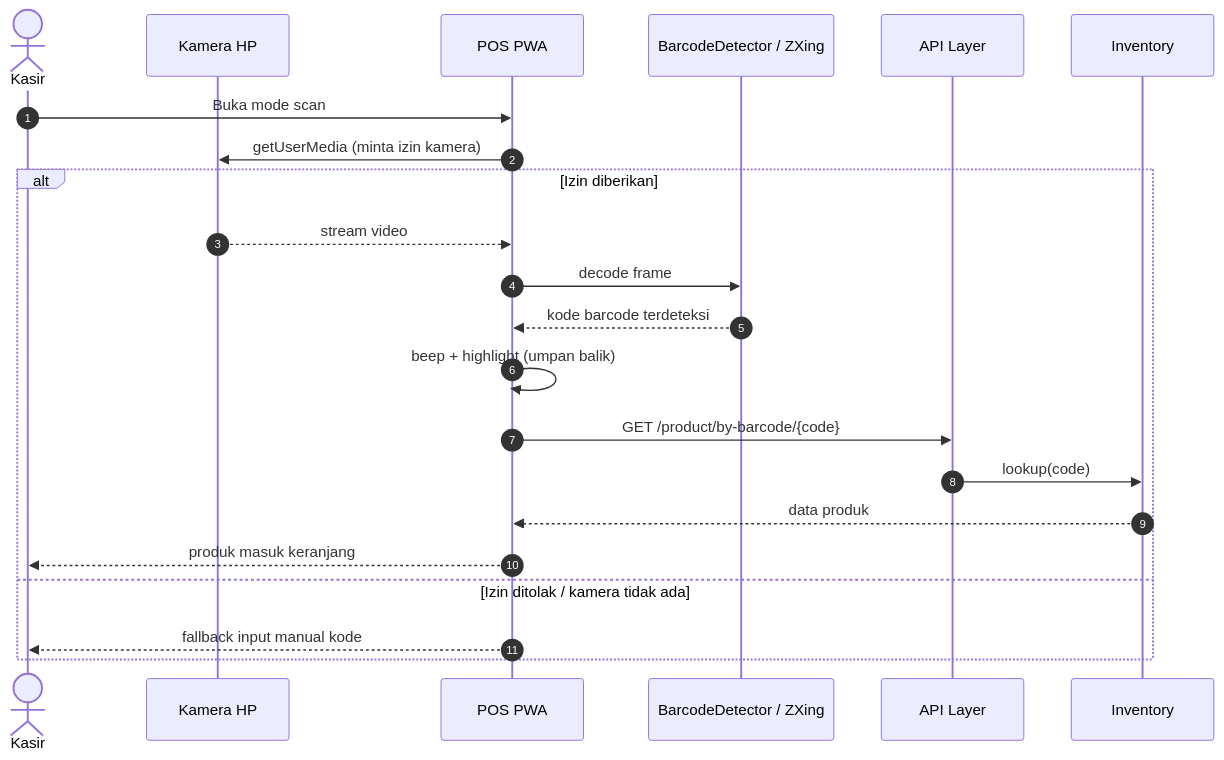
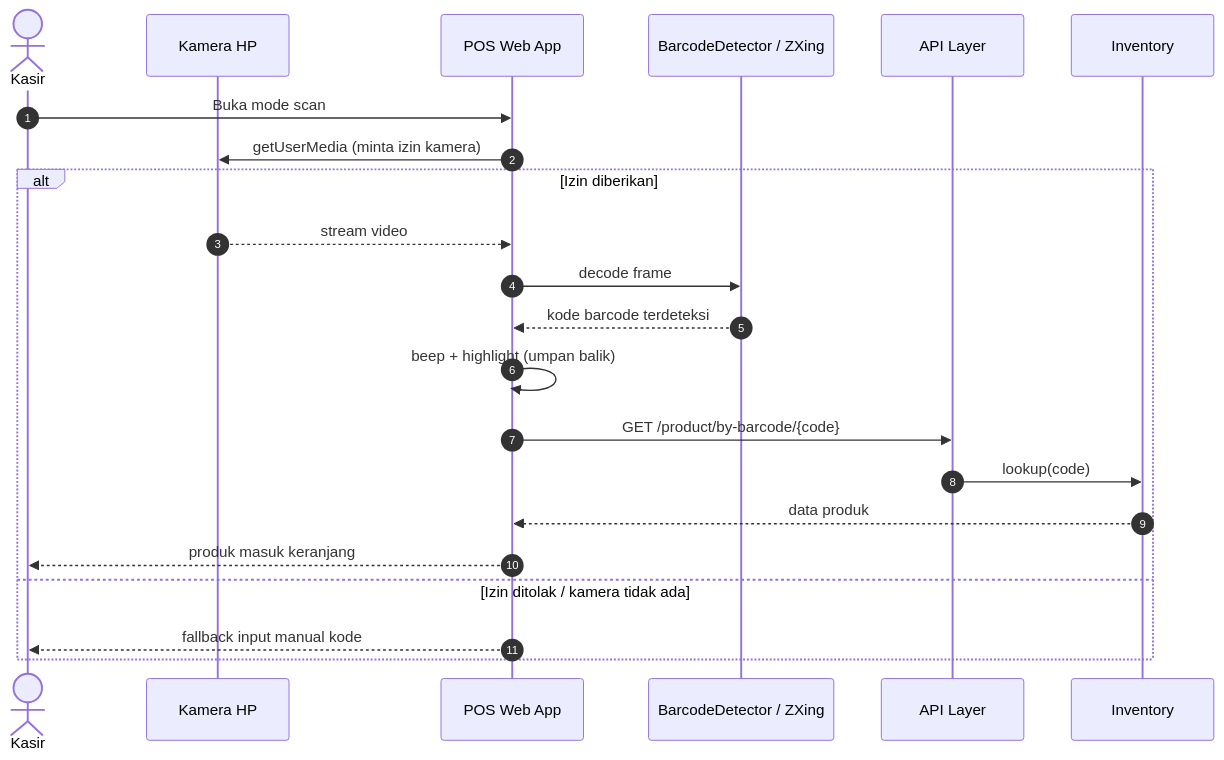
One commit to whaone/POS2026 changed diagram 27 of 31 in Sequence_Diagram.md. Above: the diagram before and after it, drawn with Mermaid. The commit also changed other lines of this file and 3 other files, not shown here.

````diff
--- a/Sequence_Diagram.md
+++ b/Sequence_Diagram.md
@@ -867,25 +926,25 @@
 ```mermaid
 sequenceDiagram
     autonumber
     actor Kasir
     participant CAM as Kamera HP
-    participant PWA as POS PWA
+    participant WEB as POS Web App
     participant DET as BarcodeDetector / ZXing
     participant API as API Layer
     participant INV as Inventory
  
-    Kasir->>PWA: Buka mode scan
-    PWA->>CAM: getUserMedia (minta izin kamera)
+    Kasir->>WEB: Buka mode scan
+    WEB->>CAM: getUserMedia (minta izin kamera)
     alt Izin diberikan
-        CAM-->>PWA: stream video
-        PWA->>DET: decode frame
-        DET-->>PWA: kode barcode terdeteksi
-        PWA->>PWA: beep + highlight (umpan balik)
-        PWA->>API: GET /product/by-barcode/{code}
+        CAM-->>WEB: stream video
+        WEB->>DET: decode frame
+        DET-->>WEB: kode barcode terdeteksi
+        WEB->>WEB: beep + highlight (umpan balik)
+        WEB->>API: GET /product/by-barcode/{code}
         API->>INV: lookup(code)
-        INV-->>PWA: data produk
-        PWA-->>Kasir: produk masuk keranjang
+        INV-->>WEB: data produk
+        WEB-->>Kasir: produk masuk keranjang
     else Izin ditolak / kamera tidak ada
-        PWA-->>Kasir: fallback input manual kode
+        WEB-->>Kasir: fallback input manual kode
     end
 ```
````
